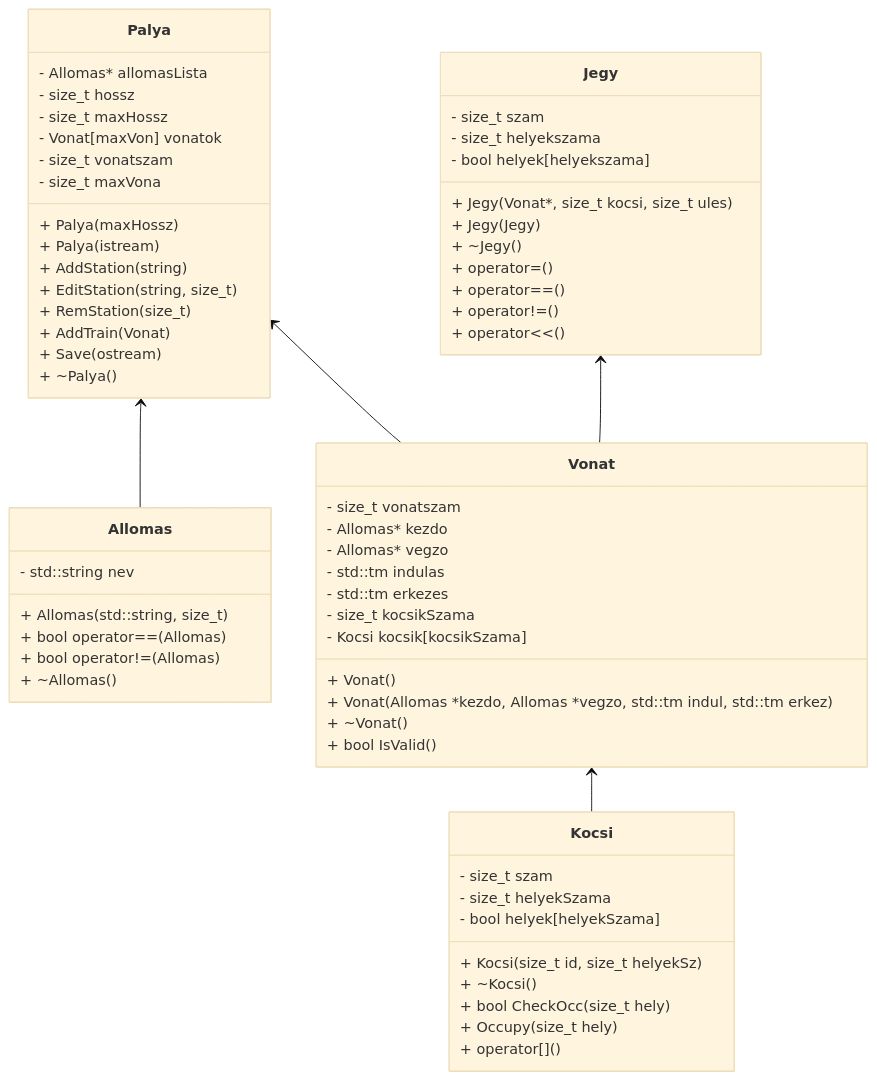
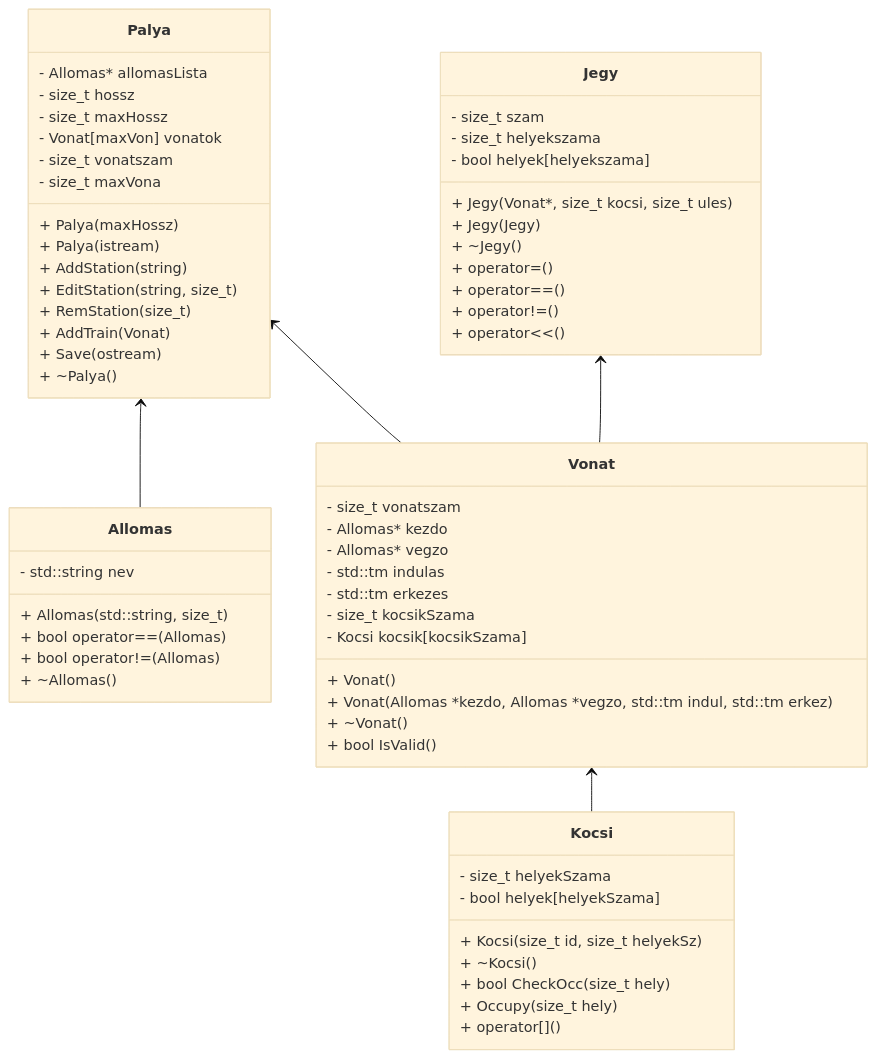
The diagram in README.md (FlyinPancake/p2NHF), drawn with Mermaid (base theme) before and after one commit. The commit also changed other lines of this file, not shown here.

Commit message:
fixed UML again

````diff
--- a/README.md
+++ b/README.md
@@ -20,83 +20,82 @@
 ```mermaid
 classDiagram
 
 class Palya {
     - Allomas* allomasLista
     - size_t hossz
     - size_t maxHossz
     - Vonat[maxVon] vonatok
     - size_t vonatszam
     - size_t maxVona
     + Palya(maxHossz)
     + Palya(istream)
     + AddStation(string)
     + EditStation(string, size_t)
     + RemStation(size_t)
     + AddTrain(Vonat)
     + Save(ostream)
     + ~Palya()
 }
 
 Palya <-- Allomas
 
 class Allomas {
 	- std::string nev
 
     + Allomas(std::string, size_t)
     + bool operator==(Allomas)
     + bool operator!=(Allomas)
     + ~Allomas()
 }
 
 Palya <-- Vonat
 
 class Vonat {
 	- size_t vonatszam
 	- Allomas* kezdo
 	- Allomas* vegzo
 	- std::tm indulas
 	- std::tm erkezes
 
 	- size_t kocsikSzama
 	- Kocsi kocsik[kocsikSzama]
 
 	+ Vonat()
 	+ Vonat(Allomas *kezdo, Allomas *vegzo, std::tm indul, std::tm erkez)
 	+ ~Vonat()
 	+ bool IsValid()
 }
 
 
 Vonat <-- Kocsi
 
 class Kocsi {
-	- size_t szam
 	- size_t helyekSzama
 	- bool helyek[helyekSzama]
 
 	+ Kocsi(size_t id, size_t helyekSz)
 	+ ~Kocsi()
 	+ bool CheckOcc(size_t hely)
 	+ Occupy(size_t hely)
 	+ operator[]()
 }
 
 
 Jegy <-- Vonat
 
 class Jegy {
 	- size_t szam
 	- size_t helyekszama
 	- bool helyek[helyekszama]
 
 	+ Jegy(Vonat*, size_t kocsi, size_t ules)
 	+ Jegy(Jegy)
 	+ ~Jegy()
 	+ operator=()
 	+ operator==()
 	+ operator!=()
 	+ operator<<()
 }
 
 
 ```
````
